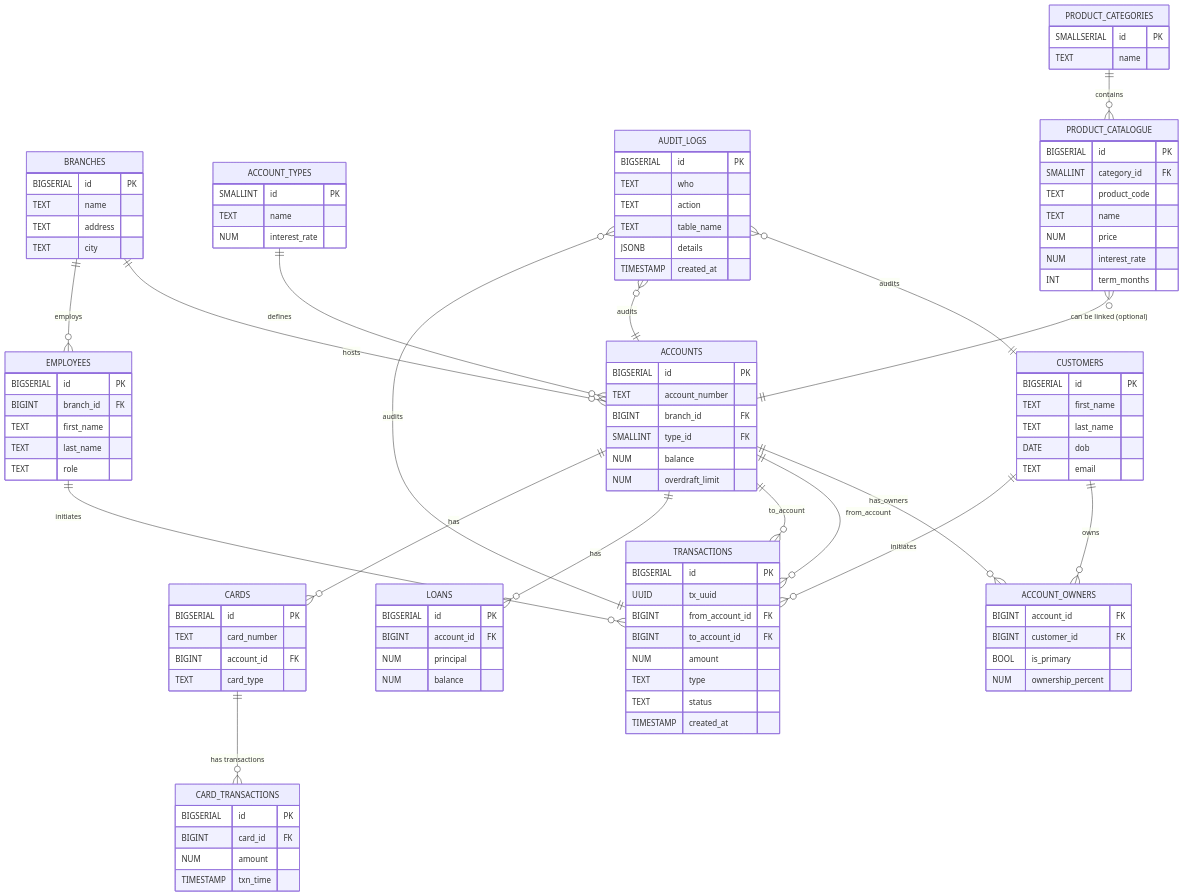
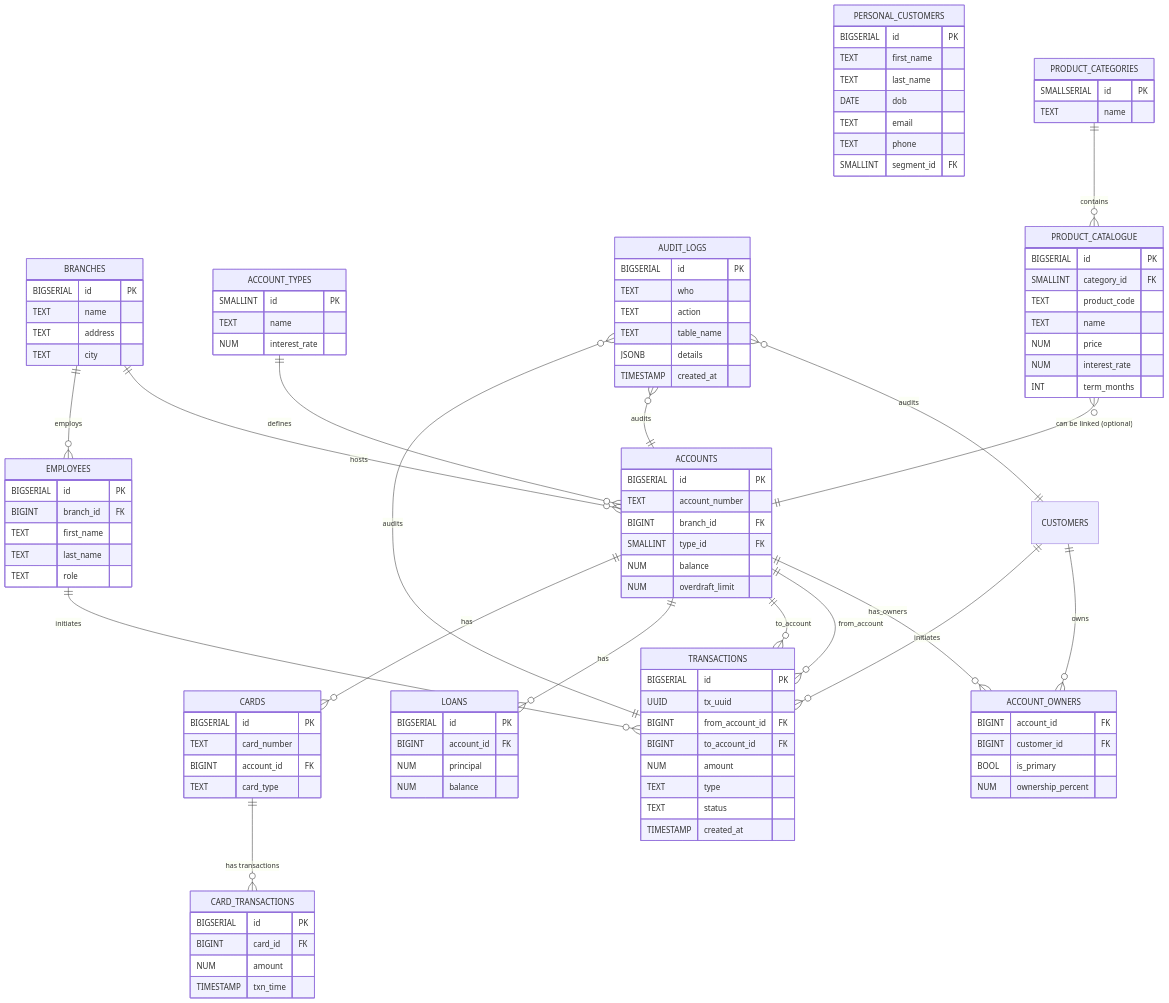
The diagram in docs/erd.mmd (ssp67/SSPBank), drawn with Mermaid before and after one commit. The commit also changed 7 other files, not shown here.

Commit message:
Rename customers -> personal_customers; add segments, addresses, identifications, education, employment; update FKs, views, and seeds

```diff
--- a/docs/erd.mmd
+++ b/docs/erd.mmd
@@ -1,121 +1,123 @@
 erDiagram
-    CUSTOMERS {
+    PERSONAL_CUSTOMERS {
         BIGSERIAL id PK
         TEXT first_name
         TEXT last_name
         DATE dob
         TEXT email
+        TEXT phone
+        SMALLINT segment_id FK
     }
 
     BRANCHES {
         BIGSERIAL id PK
         TEXT name
         TEXT address
         TEXT city
     }
 
     EMPLOYEES {
         BIGSERIAL id PK
         BIGINT branch_id FK
         TEXT first_name
         TEXT last_name
         TEXT role
     }
 
     ACCOUNT_TYPES {
         SMALLINT id PK
         TEXT name
         NUM interest_rate
     }
 
     ACCOUNTS {
         BIGSERIAL id PK
         TEXT account_number
         BIGINT branch_id FK
         SMALLINT type_id FK
         NUM balance
         NUM overdraft_limit
     }
 
     ACCOUNT_OWNERS {
         BIGINT account_id FK
         BIGINT customer_id FK
         BOOL is_primary
         NUM ownership_percent
     }
 
     TRANSACTIONS {
         BIGSERIAL id PK
         UUID tx_uuid
         BIGINT from_account_id FK
         BIGINT to_account_id FK
         NUM amount
         TEXT type
         TEXT status
         TIMESTAMP created_at
     }
 
     LOANS {
         BIGSERIAL id PK
         BIGINT account_id FK
         NUM principal
         NUM balance
     }
 
     CARDS {
         BIGSERIAL id PK
         TEXT card_number
         BIGINT account_id FK
         TEXT card_type
     }
 
     CARD_TRANSACTIONS {
         BIGSERIAL id PK
         BIGINT card_id FK
         NUM amount
         TIMESTAMP txn_time
     }
 
     AUDIT_LOGS {
         BIGSERIAL id PK
         TEXT who
         TEXT action
         TEXT table_name
         JSONB details
         TIMESTAMP created_at
     }
 
     CUSTOMERS ||--o{ ACCOUNT_OWNERS : owns
     ACCOUNTS ||--o{ ACCOUNT_OWNERS : has_owners
     BRANCHES ||--o{ ACCOUNTS : hosts
     ACCOUNT_TYPES ||--o{ ACCOUNTS : defines
     ACCOUNTS ||--o{ TRANSACTIONS : "from_account"
     ACCOUNTS ||--o{ TRANSACTIONS : "to_account"
     ACCOUNTS ||--o{ LOANS : has
     ACCOUNTS ||--o{ CARDS : has
     CARDS ||--o{ CARD_TRANSACTIONS : "has transactions"
     BRANCHES ||--o{ EMPLOYEES : employs
     EMPLOYEES ||--o{ TRANSACTIONS : initiates
     CUSTOMERS ||--o{ TRANSACTIONS : initiates
 
     AUDIT_LOGS }o--|| CUSTOMERS : "audits"
     AUDIT_LOGS }o--|| ACCOUNTS : "audits"
     AUDIT_LOGS }o--|| TRANSACTIONS : "audits"
 
     PRODUCT_CATEGORIES {
         SMALLSERIAL id PK
         TEXT name
     }
 
     PRODUCT_CATALOGUE {
         BIGSERIAL id PK
         SMALLINT category_id FK
         TEXT product_code
         TEXT name
         NUM price
         NUM interest_rate
         INT term_months
     }
 
     PRODUCT_CATEGORIES ||--o{ PRODUCT_CATALOGUE : contains
     PRODUCT_CATALOGUE }o--|| ACCOUNTS : "can be linked (optional)"
```
